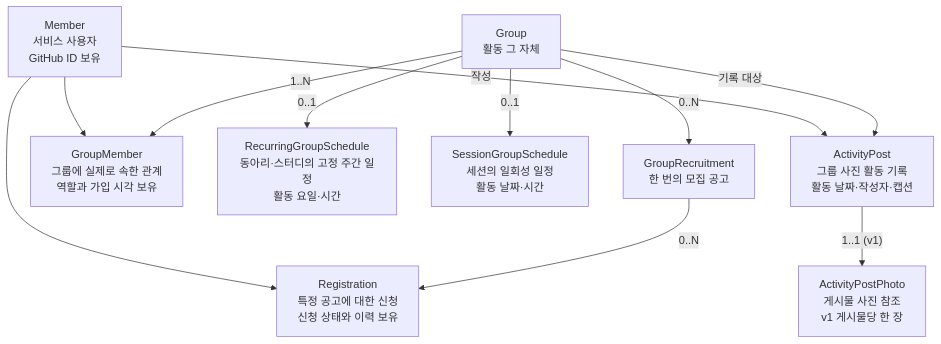
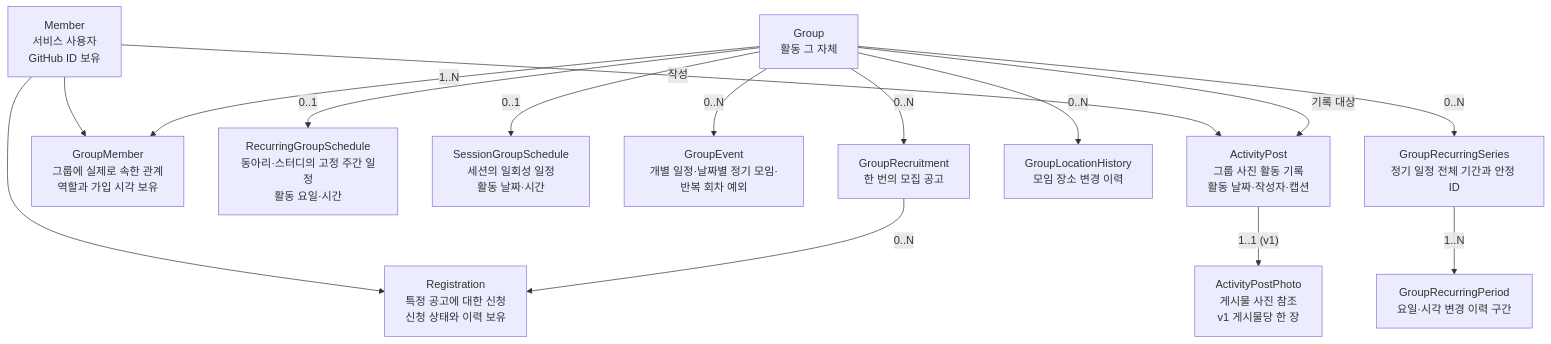
Before and after one commit to woowacourse-teams/2026-jarihana: the first of 2 diagrams in backend/docs/context/domain/model/README.md, drawn with Mermaid. The commit also changed other lines of this file and 23 other files, not shown here.

````diff
--- a/backend/docs/context/domain/model/README.md
+++ b/backend/docs/context/domain/model/README.md
@@ -18,23 +18,31 @@
 ```mermaid
 flowchart TD
     M["Member<br/>서비스 사용자<br/>GitHub ID 보유"]
     G["Group<br/>활동 그 자체"]
     R["GroupRecruitment<br/>한 번의 모집 공고"]
     Reg["Registration<br/>특정 공고에 대한 신청<br/>신청 상태와 이력 보유"]
     GM["GroupMember<br/>그룹에 실제로 속한 관계<br/>역할과 가입 시각 보유"]
     RS["RecurringGroupSchedule<br/>동아리·스터디의 고정 주간 일정<br/>활동 요일·시간"]
     SS["SessionGroupSchedule<br/>세션의 일회성 일정<br/>활동 날짜·시간"]
+    GE["GroupEvent<br/>개별 일정·날짜별 정기 모임·반복 회차 예외"]
+    GRS["GroupRecurringSeries<br/>정기 일정 전체 기간과 안정 ID"]
+    GRP["GroupRecurringPeriod<br/>요일·시각 변경 이력 구간"]
+    GLH["GroupLocationHistory<br/>모임 장소 변경 이력"]
     AP["ActivityPost<br/>그룹 사진 활동 기록<br/>활동 날짜·작성자·캡션"]
     APP["ActivityPostPhoto<br/>게시물 사진 참조<br/>v1 게시물당 한 장"]
 
     M --> Reg
     M --> GM
     G -->|"0..N"| R
     G -->|"0..1"| RS
     G -->|"0..1"| SS
+    G -->|"0..N"| GE
+    G -->|"0..N"| GRS
+    GRS -->|"1..N"| GRP
+    G -->|"0..N"| GLH
     G -->|"1..N"| GM
     R -->|"0..N"| Reg
     M -->|"작성"| AP
     G -->|"기록 대상"| AP
     AP -->|"1..1 (v1)"| APP
 ```
````
